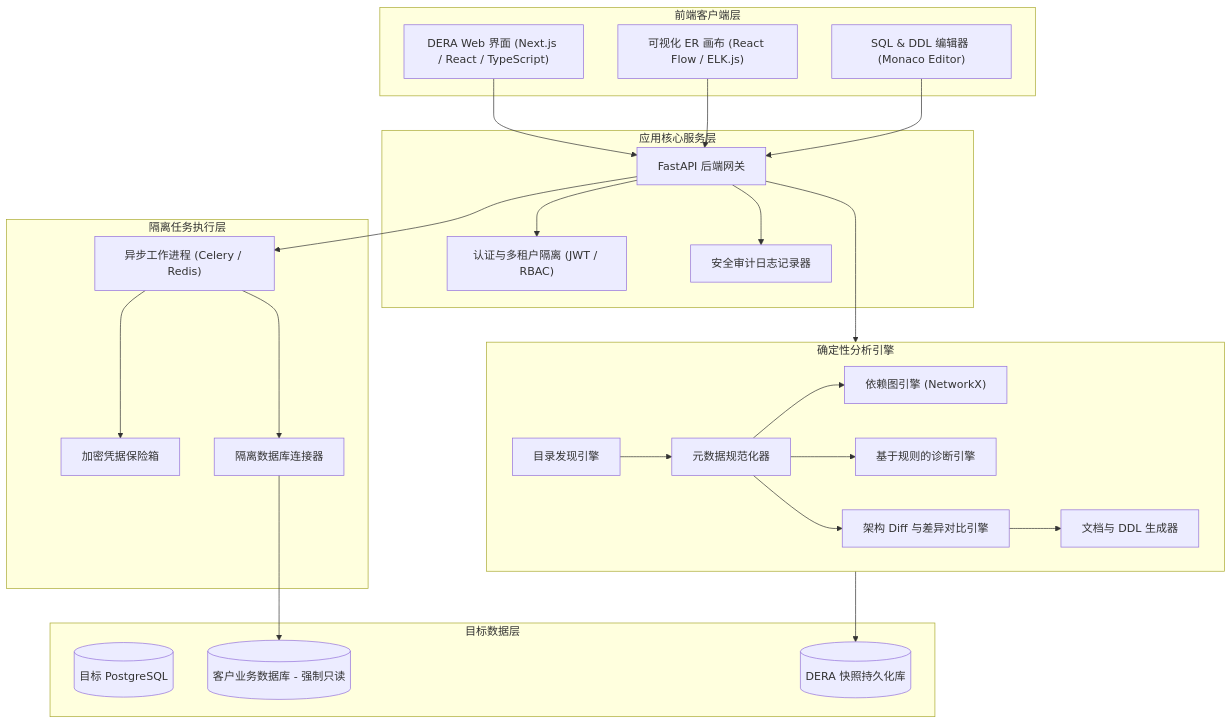
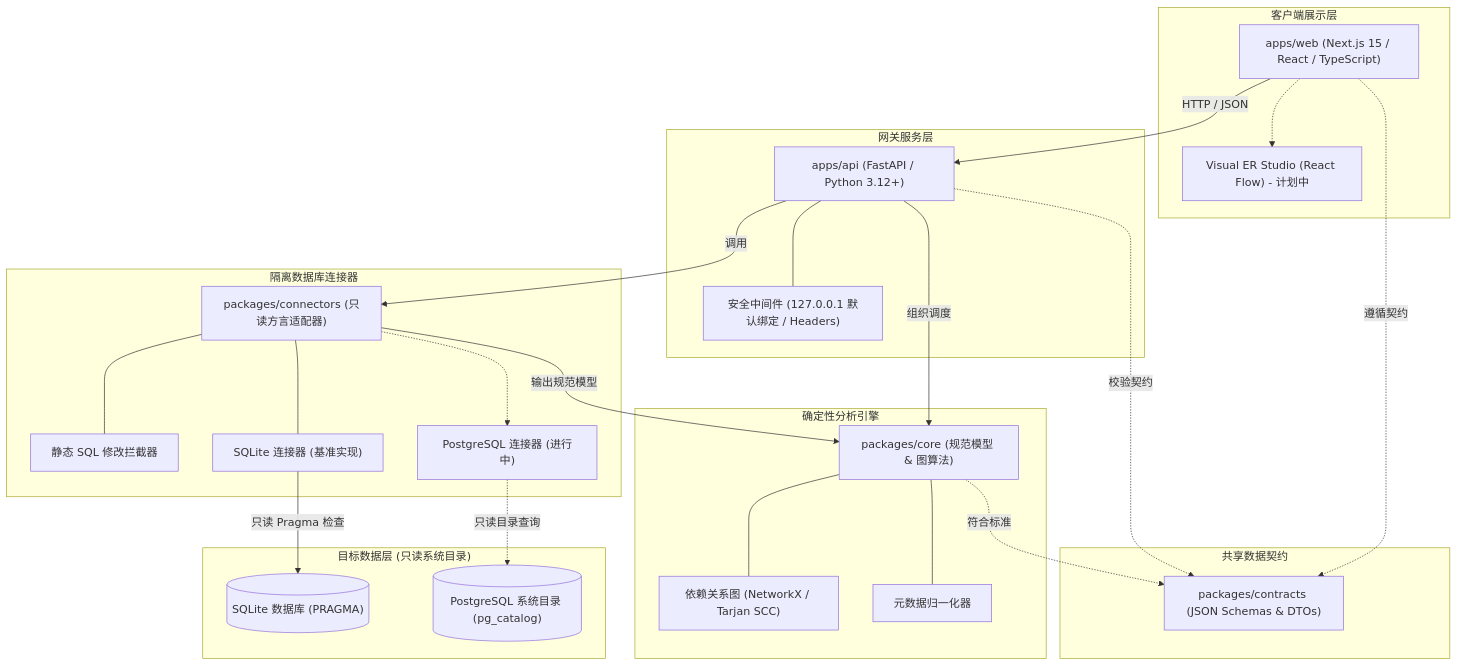
One commit to krishanth7/dera changed the diagram in docs/i18n/README.zh-CN.md. Above: the diagram before and after it, drawn with Mermaid. The commit also changed other lines of this file and 2 other files, not shown here.

````diff
--- a/docs/i18n/README.zh-CN.md
+++ b/docs/i18n/README.zh-CN.md
@@ -200,52 +148,51 @@
 ```mermaid
 flowchart TD
-    subgraph Client["前端客户端层"]
-        UI["DERA Web 界面 (Next.js / React / TypeScript)"]
-        ERD["可视化 ER 画布 (React Flow / ELK.js)"]
-        Monaco["SQL & DDL 编辑器 (Monaco Editor)"]
+    subgraph Client_Tier["客户端展示层"]
+        WEB["apps/web (Next.js 15 / React / TypeScript)"]
+        STUDIO["Visual ER Studio (React Flow) - 计划中"]
+        WEB -.-> STUDIO
     end
 
-    subgraph Gateway["应用核心服务层"]
-        API["FastAPI 后端网关"]
-        Auth["认证与多租户隔离 (JWT / RBAC)"]
-        Audit["安全审计日志记录器"]
+    subgraph API_Tier["网关服务层"]
+        API["apps/api (FastAPI / Python 3.12+)"]
+        MW["安全中间件 (127.0.0.1 默认绑定 / Headers)"]
+        API --- MW
     end
 
-    subgraph Core["确定性分析引擎"]
-        Discovery["目录发现引擎"]
-        Normalizer["元数据规范化器"]
-        GraphEngine["依赖图引擎 (NetworkX)"]
-        DiagEngine["基于规则的诊断引擎"]
-        DiffEngine["架构 Diff 与差异对比引擎"]
-        ExportEngine["文档与 DDL 生成器"]
+    subgraph Contracts_Tier["共享数据契约"]
+        CONTRACTS["packages/contracts (JSON Schemas & DTOs)"]
     end
 
-    subgraph Worker["隔离任务执行层"]
-        Celery["异步工作进程 (Celery / Redis)"]
-        Vault["加密凭据保险箱"]
-        Connectors["隔离数据库连接器"]
+    subgraph Core_Tier["确定性分析引擎"]
+        CORE["packages/core (规范模型 & 图算法)"]
+        DAG["依赖关系图 (NetworkX / Tarjan SCC)"]
+        NORM["元数据归一化器"]
+        CORE --- DAG
+        CORE --- NORM
     end
 
-    subgraph Databases["目标数据层"]
-        PG[(目标 PostgreSQL)]
-        CustomerDB[(客户业务数据库 - 强制只读)]
-        Storage[(DERA 快照持久化库)]
+    subgraph Connectors_Tier["隔离数据库连接器"]
+        CONN["packages/connectors (只读方言适配器)"]
+        GUARD["静态 SQL 修改拦截器"]
+        SQLITE["SQLite 连接器 (基准实现)"]
+        PG["PostgreSQL 连接器 (进行中)"]
+        CONN --- GUARD
+        CONN --- SQLITE
+        CONN -.-> PG
     end
 
-    UI --> API
-    ERD --> API
-    Monaco --> API
-    API --> Auth
-    API --> Audit
-    API --> Core
-    API --> Celery
-    Celery --> Vault
-    Celery --> Connectors
-    Connectors --> CustomerDB
-    Core --> Storage
-    Discovery --> Normalizer
-    Normalizer --> GraphEngine
-    Normalizer --> DiagEngine
-    Normalizer --> DiffEngine
-    DiffEngine --> ExportEngine
+    subgraph Target_DBs["目标数据层 (只读系统目录)"]
+        TARGET_SQLITE[("SQLite 数据库 (PRAGMA)")]
+        TARGET_PG[("PostgreSQL 系统目录 (pg_catalog)")]
+    end
+
+    WEB -->|HTTP / JSON| API
+    WEB -.->|遵循契约| CONTRACTS
+    API -->|组织调度| CORE
+    API -->|调用| CONN
+    API -.->|校验契约| CONTRACTS
+    CORE -.->|符合标准| CONTRACTS
+    CONN -->|输出规范模型| CORE
+    SQLITE -->|只读 Pragma 检查| TARGET_SQLITE
+    PG -.->|只读目录查询| TARGET_PG
 ```
````
